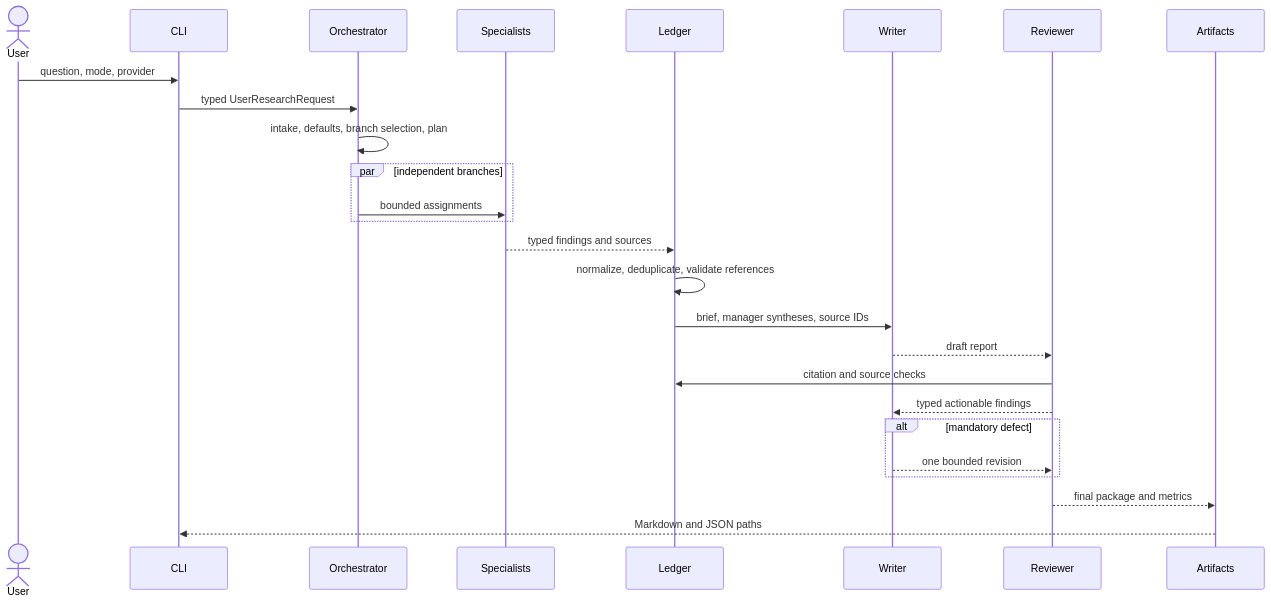
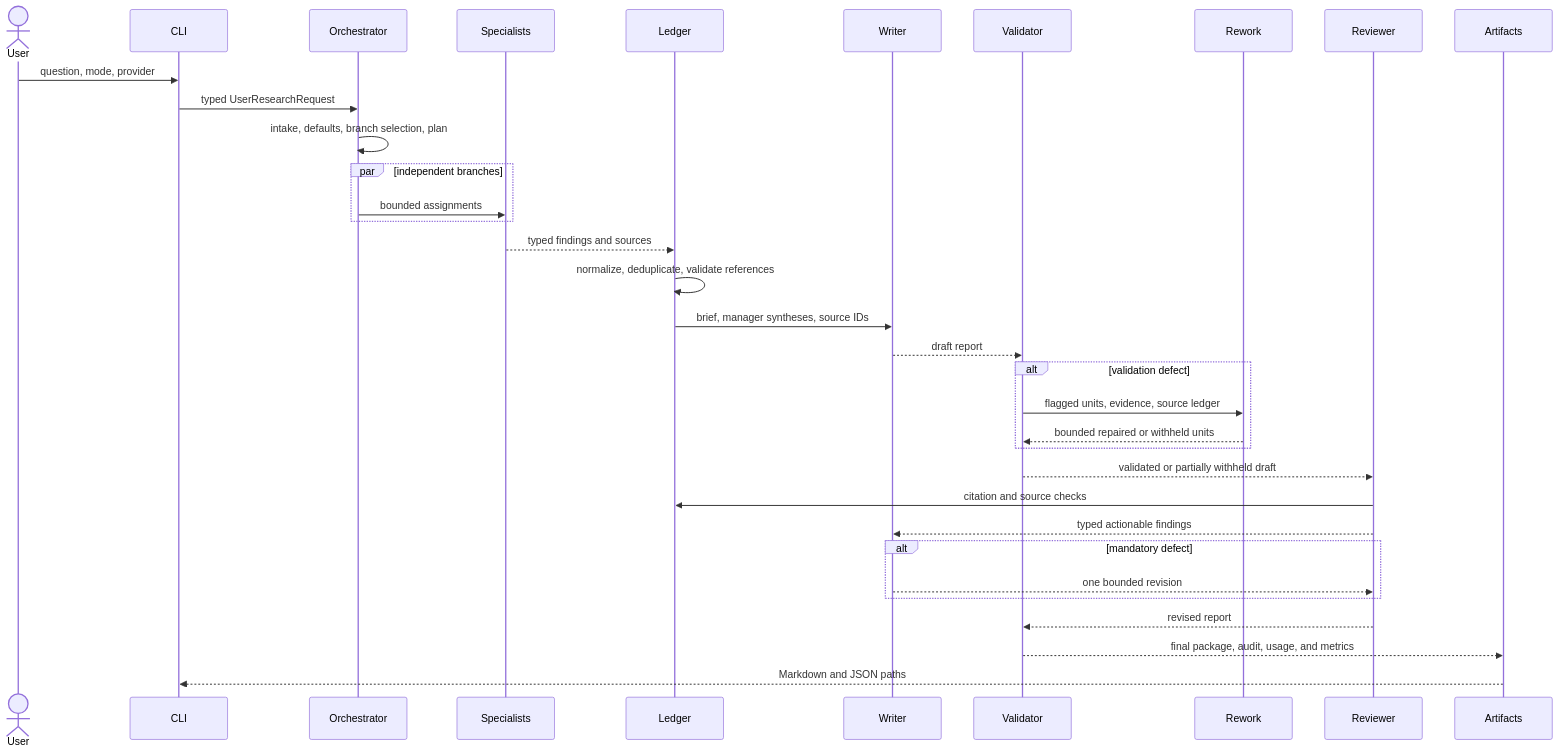
One commit to scschwa/housing-policy-research-app changed the diagram in docs/architecture.md. Above: the diagram before and after it, drawn with Mermaid. The commit also changed other lines of this file and 28 other files, not shown here.

Commit message:
feat: add validation rework audit and usage telemetry

````diff
--- a/docs/architecture.md
+++ b/docs/architecture.md
@@ -9,28 +9,36 @@
 ```mermaid
 sequenceDiagram
     actor User
     participant CLI
     participant Orchestrator
     participant Specialists
     participant Ledger
     participant Writer
+    participant Validator
+    participant Rework
     participant Reviewer
     participant Artifacts
     User->>CLI: question, mode, provider
     CLI->>Orchestrator: typed UserResearchRequest
     Orchestrator->>Orchestrator: intake, defaults, branch selection, plan
     par independent branches
         Orchestrator->>Specialists: bounded assignments
     end
     Specialists-->>Ledger: typed findings and sources
     Ledger->>Ledger: normalize, deduplicate, validate references
     Ledger->>Writer: brief, manager syntheses, source IDs
-    Writer-->>Reviewer: draft report
+    Writer-->>Validator: draft report
+    alt validation defect
+        Validator->>Rework: flagged units, evidence, source ledger
+        Rework-->>Validator: bounded repaired or withheld units
+    end
+    Validator-->>Reviewer: validated or partially withheld draft
     Reviewer->>Ledger: citation and source checks
     Reviewer-->>Writer: typed actionable findings
     alt mandatory defect
         Writer-->>Reviewer: one bounded revision
     end
-    Reviewer-->>Artifacts: final package and metrics
+    Reviewer-->>Validator: revised report
+    Validator-->>Artifacts: final package, audit, usage, and metrics
     Artifacts-->>CLI: Markdown and JSON paths
 ```
````
